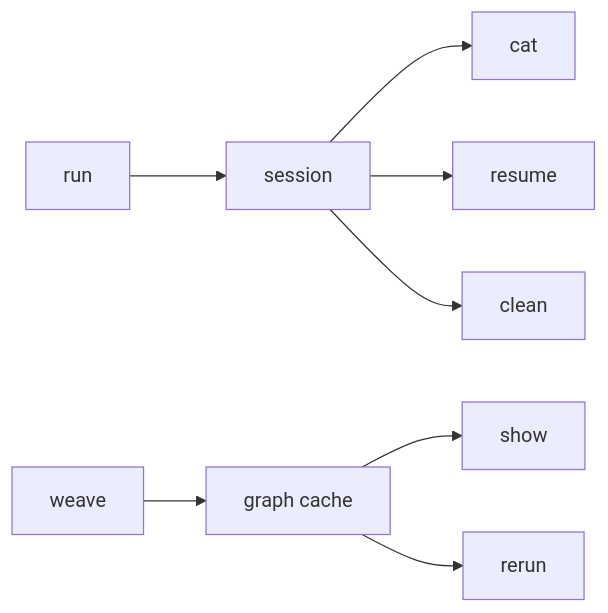
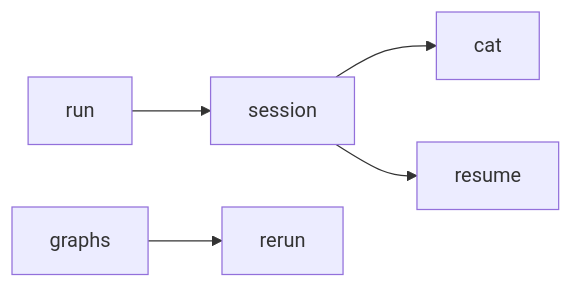
Before and after one commit to Strategic-Automation/arachne: the first of 3 diagrams in docs/reference/cli.md, drawn with Mermaid. The commit also changed other lines of this file and 2 other files, not shown here.

Commit message:
docs: simplify Mermaid diagrams for GitHub rendering

````diff
--- a/docs/reference/cli.md
+++ b/docs/reference/cli.md
@@ -5,10 +5,13 @@
 ```mermaid
-flowchart LR
-    Run[run] --> Session[session]
-    Weave[weave] --> Graph[graph cache]
-    Session --> Cat[cat]
-    Session --> Resume[resume]
-    Graph --> Show[show]
-    Graph --> Rerun[rerun]
-    Session --> Clean[clean]
+graph LR
+    A[run]
+    B[session]
+    C[cat]
+    D[resume]
+    E[graphs]
+    F[rerun]
+    A --> B
+    B --> C
+    B --> D
+    E --> F
 ```
````
